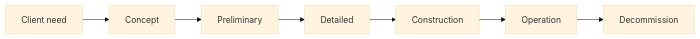
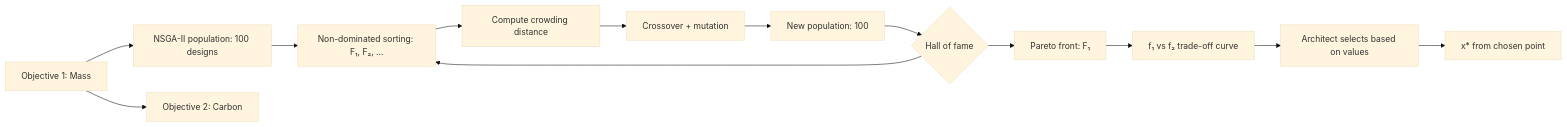
Before and after one commit to yip-lgtm/civil-bootcamp: the ninth of 10 diagrams in MIT_CEE_MEng_SMD/07_1.575_Computational_Structural_Design_Optimization.md, drawn with Mermaid (base theme). The commit also changed other lines of this file and 21 other files, not shown here.

````diff
--- a/MIT_CEE_MEng_SMD/07_1.575_Computational_Structural_Design_Optimization.md
+++ b/MIT_CEE_MEng_SMD/07_1.575_Computational_Structural_Design_Optimization.md
@@ -541,9 +565,15 @@
 ```mermaid
-graph LR
-    A[Client need] --> B[Concept]
-    B --> C[Preliminary]
-    C --> D[Detailed]
-    D --> E[Construction]
-    E --> F[Operation]
-    F --> G[Decommission]
+flowchart LR
+    A[Objective 1: Mass] --> B[NSGA-II population: 100 designs]
+    A --> C[Objective 2: Carbon]
+    B --> D[Non-dominated sorting: F₁, F₂, ...]
+    D --> E[Compute crowding distance]
+    E --> F[Crossover + mutation]
+    F --> G[New population: 100]
+    G --> H{Hall of fame}
+    H --> I[Pareto front: F₁]
+    H --> D
+    I --> J[f₁ vs f₂ trade-off curve]
+    J --> K[Architect selects based on values]
+    K --> L[x* from chosen point]
 ```
````
